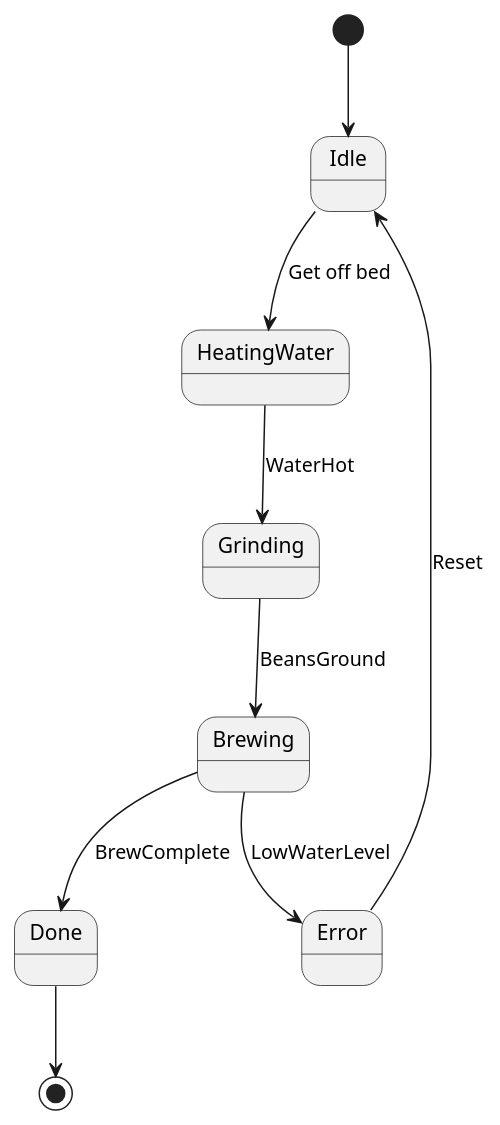
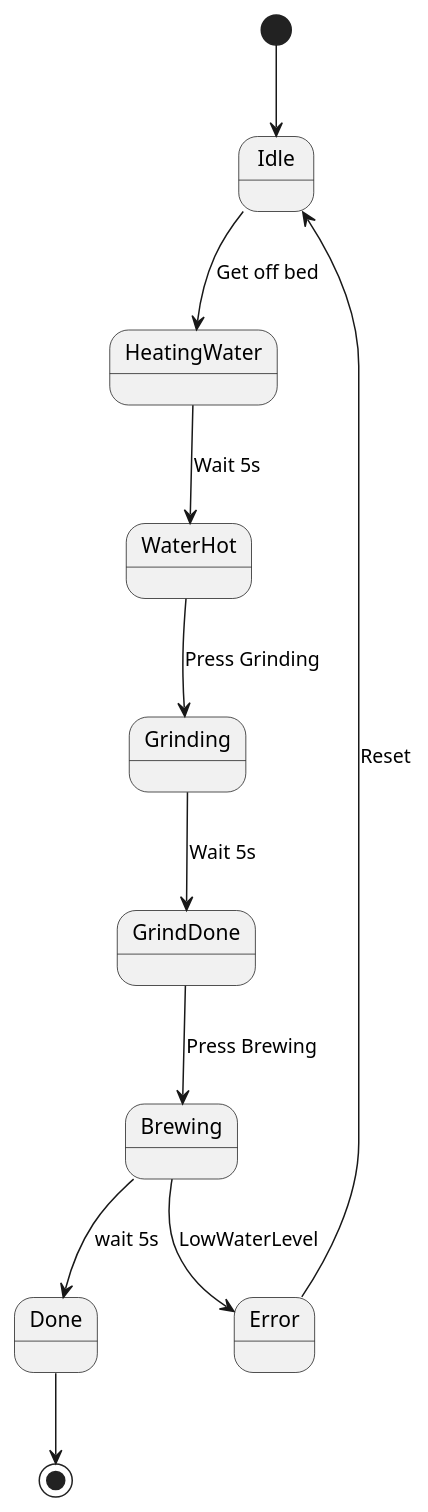
Before and after one commit to phamnhatha090805/Final_Assignment_Process_Safety: the diagram in src/chapter_1.md, drawn with PlantUML. The commit also changed 2 other files, not shown here.

Commit message:
Edit Chapter 1: Add the timer

````diff
--- a/src/chapter_1.md
+++ b/src/chapter_1.md
@@ -2,12 +2,14 @@
 ```plantuml
 @startuml
     [*] --> Idle
     Idle --> HeatingWater : Get off bed
-    HeatingWater --> Grinding : WaterHot
-    Grinding --> Brewing : BeansGround
-    Brewing --> Done : BrewComplete
+    HeatingWater --> WaterHot : Wait 5s
+    WaterHot --> Grinding : Press Grinding
+    Grinding --> GrindDone : Wait 5s
+    GrindDone --> Brewing : Press Brewing
+    Brewing --> Done : wait 5s
     Brewing --> Error : LowWaterLevel
     Error --> Idle : Reset
     Done --> [*]
 @enduml
 ```
````
